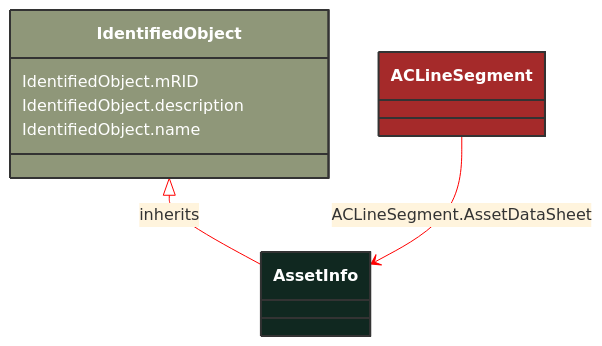
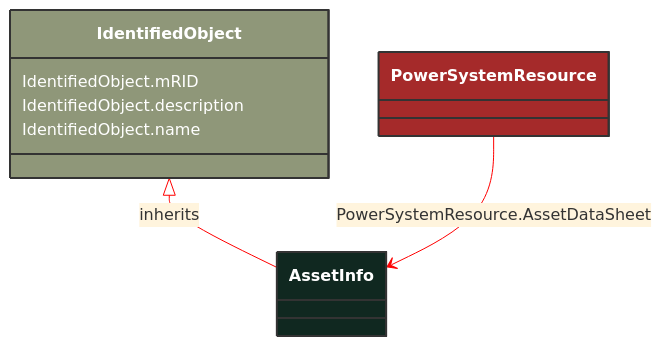
One commit to 3lbits/NoCIMExtensions changed the diagram in docs/Models/Profiles/Telemark-120Equipment/ConcreteClasses/AssetInfo.md. Above: the diagram before and after it, drawn with Mermaid. The commit also changed 297 other files, not shown here.

````diff
--- a/docs/Models/Profiles/Telemark-120Equipment/ConcreteClasses/AssetInfo.md
+++ b/docs/Models/Profiles/Telemark-120Equipment/ConcreteClasses/AssetInfo.md
@@ -8,23 +8,23 @@
 ```mermaid
 %%{init: {'theme':'base','themeVariables': {'lineColor': '#FF0000'}}}%%
 classDiagram
     class AssetInfo
     click AssetInfo href "/Models/Profiles/Telemark-120Equipment/ConcreteClasses/AssetInfo/"
     style AssetInfo fill:#102820,stroke:#333,stroke-width:2px,rx:10,ry:10,color:white
      
         IdentifiedObject <|-- AssetInfo : inherits
             click IdentifiedObject href "/Models/Profiles/Telemark-120Equipment/AbstractClasses/IdentifiedObject/"
             style IdentifiedObject fill:#8F9779,stroke:#333,stroke-width:2px,rx:10,ry:10,color:white
 
 
-        ACLineSegment --> AssetInfo : ACLineSegment.AssetDataSheet
+        PowerSystemResource --> AssetInfo : PowerSystemResource.AssetDataSheet
 
-        ACLineSegment
-            click ACLineSegment href "/Models/Profiles/Telemark-120Equipment/ConcreteClasses/ACLineSegment/"
-            style ACLineSegment fill:#A52A2A,stroke:#333,stroke-width:2px,rx:10,ry:10,color:white
+        PowerSystemResource
+            click PowerSystemResource href "/Models/Profiles/Telemark-120Equipment/AbstractClasses/PowerSystemResource/"
+            style PowerSystemResource fill:#A52A2A,stroke:#333,stroke-width:2px,rx:10,ry:10,color:white
 
 
         IdentifiedObject : IdentifiedObject.mRID
         IdentifiedObject : IdentifiedObject.description
         IdentifiedObject : IdentifiedObject.name
 ```
````
